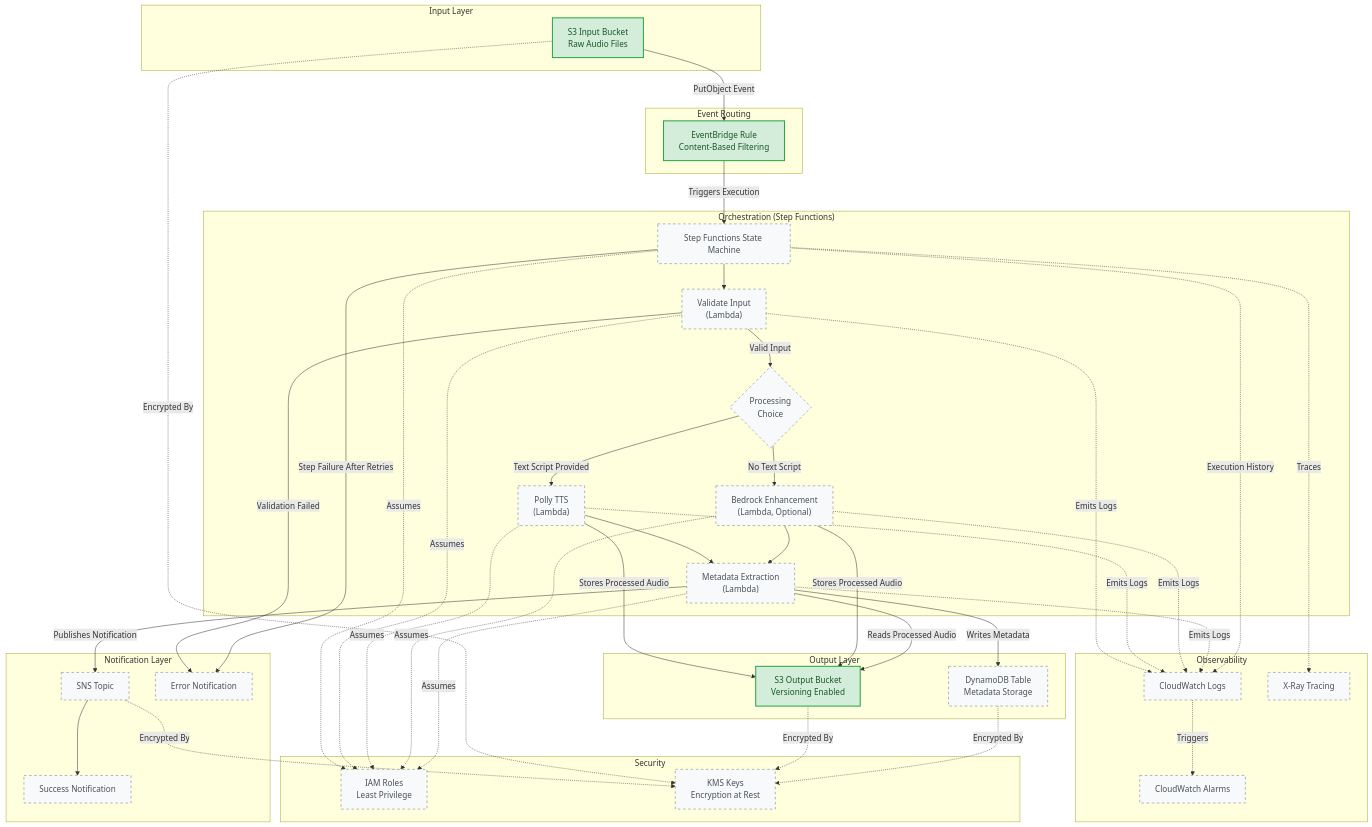
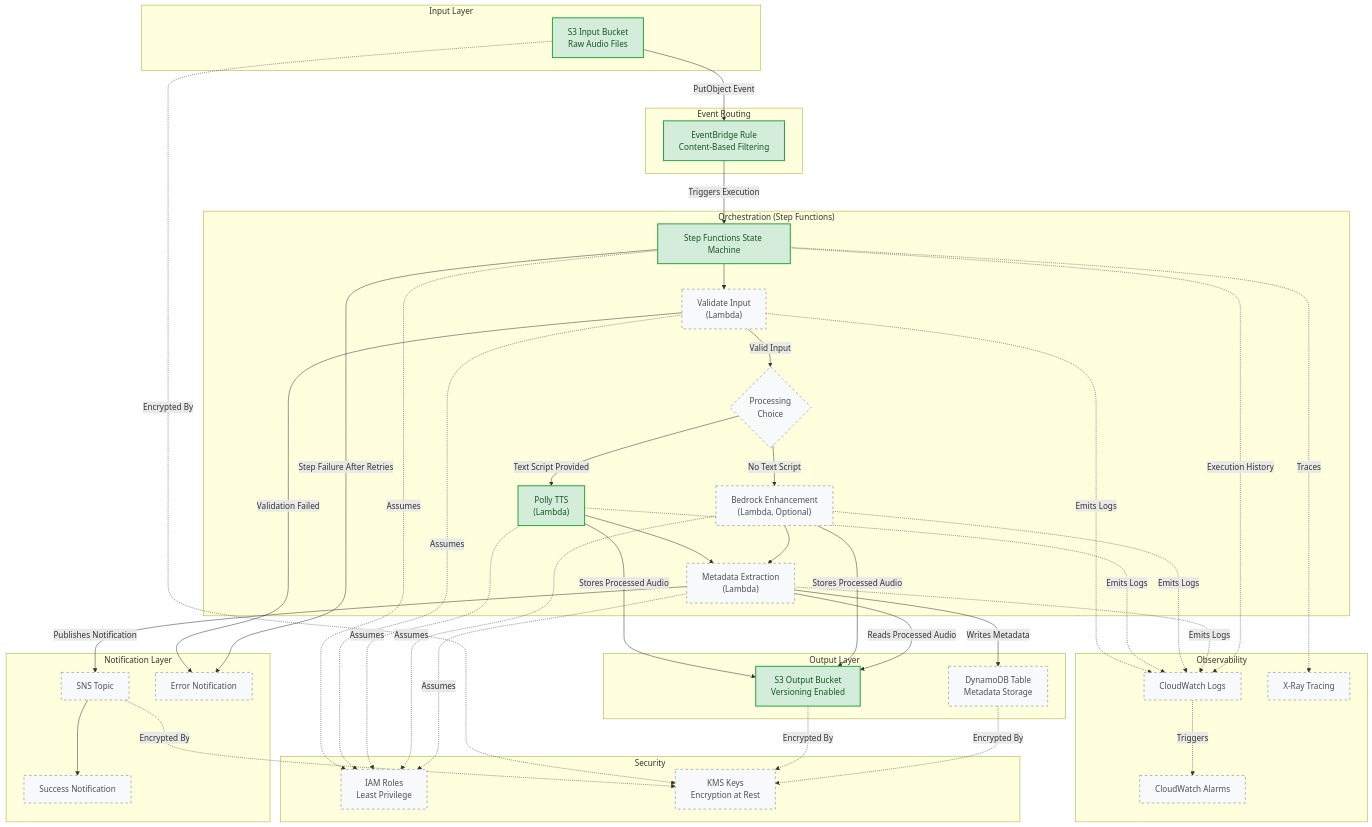
The diagram in ARCHITECTURE.md (obstreperous-ai/cdk-sleep-java-kiro), drawn with Mermaid before and after one commit. The commit also changed other lines of this file and 6 other files, not shown here.

```diff
--- a/ARCHITECTURE.md
+++ b/ARCHITECTURE.md
@@ -291,8 +301,8 @@
     classDef implemented fill:#d4edda,stroke:#28a745,stroke-width:2px,color:#155724
     classDef planned fill:#f8f9fa,stroke:#6c757d,stroke-width:1px,stroke-dasharray:5 5,color:#495057
 
-    class S3Input,S3Output,EBRule implemented
-    class SFN,Validate,Choice,PollyTTS,BedrockEnhance,MetadataExtract,DDB,SNSTopic,SuccessPath,ErrorPath,CWLogs,CWAlarms,XRay,IAMRoles,KMSKeys planned
+    class S3Input,S3Output,EBRule,SFN,PollyTTS implemented
+    class Validate,Choice,BedrockEnhance,MetadataExtract,DDB,SNSTopic,SuccessPath,ErrorPath,CWLogs,CWAlarms,XRay,IAMRoles,KMSKeys planned
 
     %% Legend:
     %% Green (solid border) = Implemented
```
